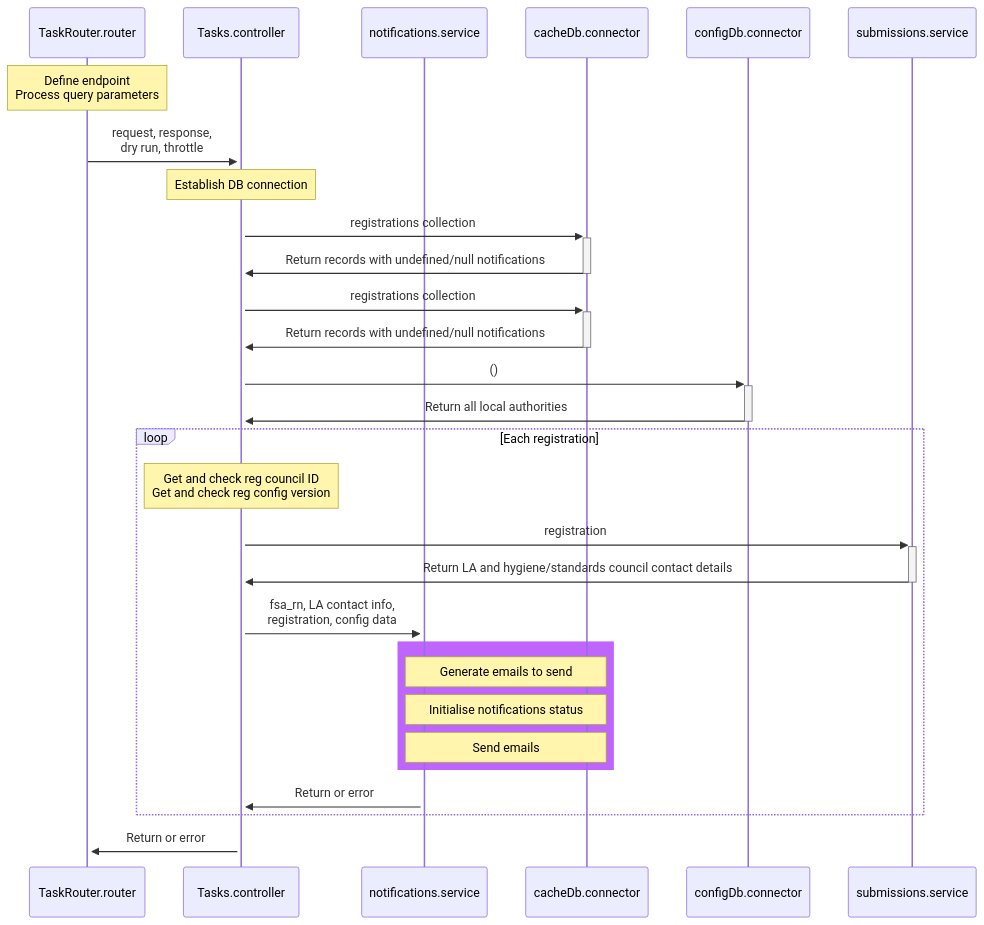
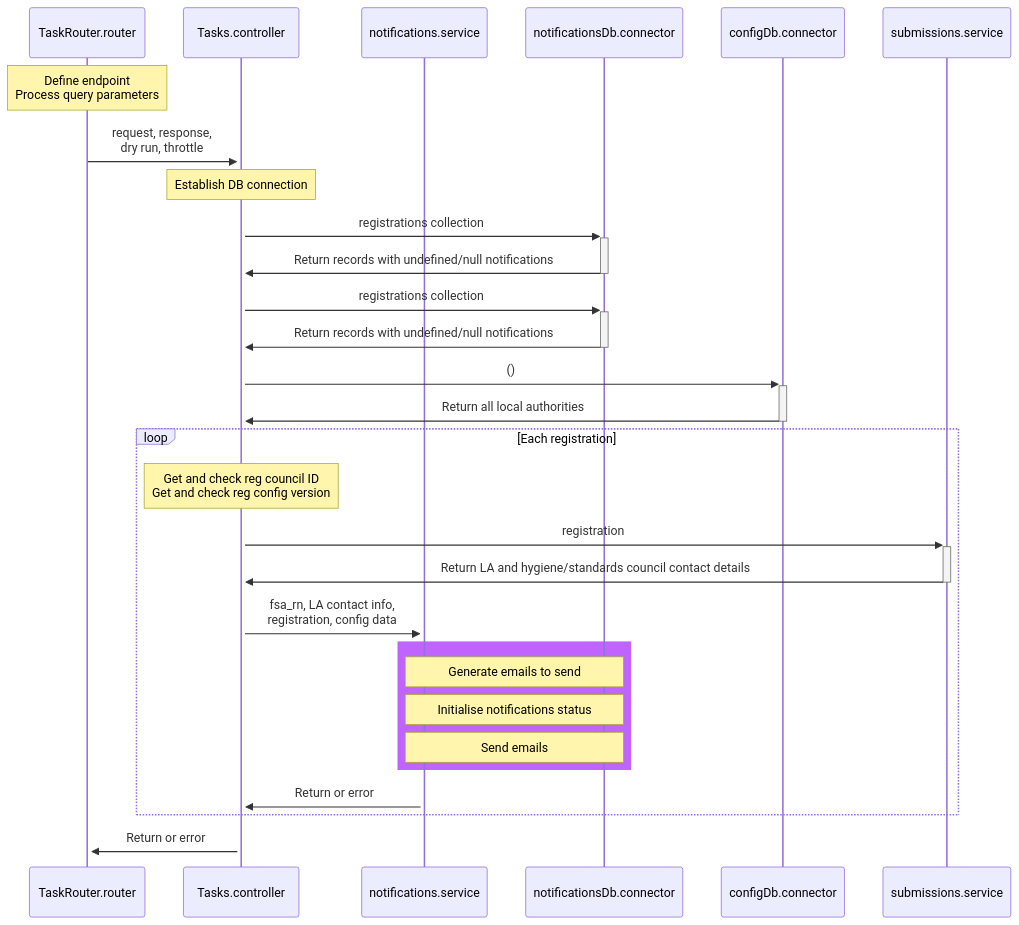
Before and after one commit to FoodStandardsAgency/register-a-food-business-service: the diagram in docs/contribution-guidelines/email-notifications.md, drawn with Mermaid. The commit also changed 21 other files, not shown here.

````diff
--- a/docs/contribution-guidelines/email-notifications.md
+++ b/docs/contribution-guidelines/email-notifications.md
@@ -11,32 +11,32 @@
 ```mermaid
 sequenceDiagram
 participant router as TaskRouter.router
 participant controller as Tasks.controller
 participant notifyservice as notifications.service
-participant cache as cacheDb.connector
+participant cache as notificationsDb.connector
 participant db as configDb.connector
 participant submissions as submissions.service
 
     Note over router: Define endpoint<br/>Process query parameters
     router->>+controller: request, response, <br/>dry run, throttle
     Note over controller: Establish DB connection
     controller->>+cache: registrations collection
     cache->>-controller: Return records with undefined/null notifications
     controller->>+cache: registrations collection
     cache->>-controller: Return records with undefined/null notifications
     controller->>+db: ()
     db->>-controller: Return all local authorities
     loop Each registration
         Note over controller: Get and check reg council ID<br/>Get and check reg config version
         controller->>+submissions: registration
         submissions->>-controller: Return LA and hygiene/standards council contact details
         controller->>+notifyservice: fsa_rn, LA contact info, <br/>registration, config data
         rect rgb(191, 100, 255)
             Note over notifyservice, cache: Generate emails to send
             Note over notifyservice, cache: Initialise notifications status
             Note over notifyservice, cache: Send emails
         end
         notifyservice->>+controller: Return or error
     end
     controller->>+router: Return or error
 ```
````
